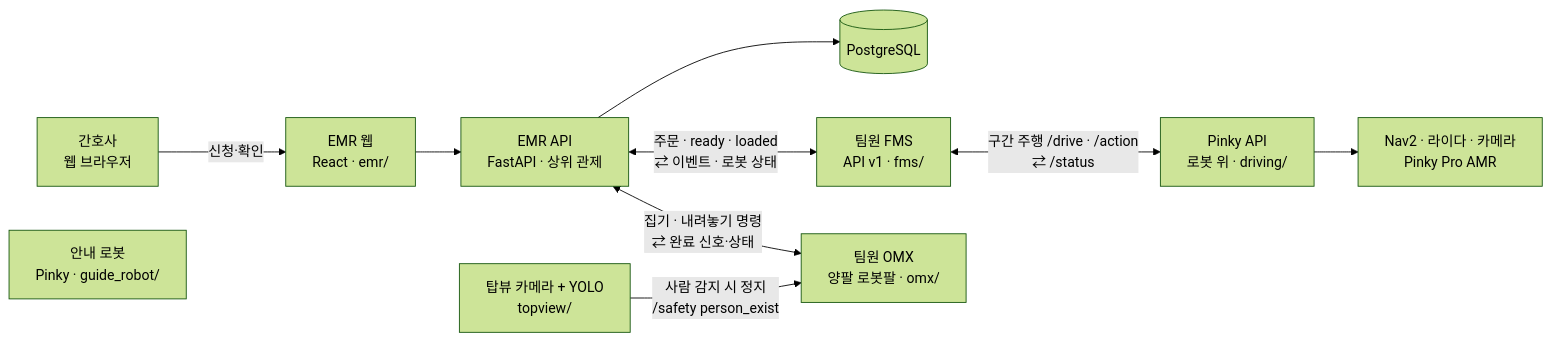
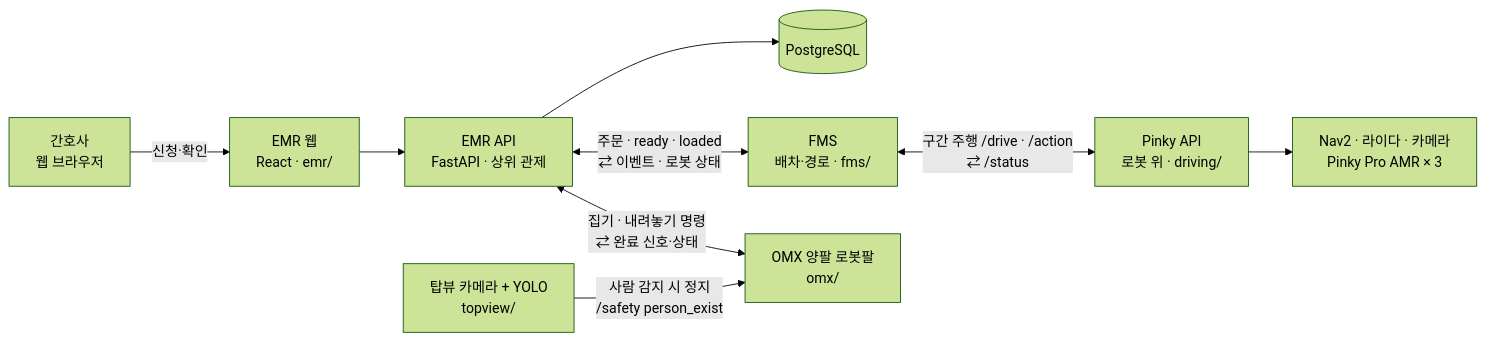
Before and after one commit to kernel-robot-9th/kernel-robot-repo-2: the diagram in README.md, drawn with Mermaid (forest theme). The commit also changed other lines of this file and 8 other files, not shown here.

````diff
--- a/README.md
+++ b/README.md
@@ -21,12 +21,11 @@
 ```mermaid
 flowchart LR
   N["간호사<br/>웹 브라우저"] -->|신청·확인| W["EMR 웹<br/>React · emr/"]
   W --> A["EMR API<br/>FastAPI · 상위 관제"]
   A --> D[("PostgreSQL")]
-  A <-->|"주문 · ready · loaded<br/>⇄ 이벤트 · 로봇 상태"| X["팀원 FMS<br/>API v1 · fms/"]
+  A <-->|"주문 · ready · loaded<br/>⇄ 이벤트 · 로봇 상태"| X["FMS<br/>배차·경로 · fms/"]
   X <-->|"구간 주행 /drive · /action<br/>⇄ /status"| K["Pinky API<br/>로봇 위 · driving/"]
-  K --> P["Nav2 · 라이다 · 카메라<br/>Pinky Pro AMR"]
-  A <-->|"집기 · 내려놓기 명령<br/>⇄ 완료 신호·상태"| O["팀원 OMX<br/>양팔 로봇팔 · omx/"]
+  K --> P["Nav2 · 라이다 · 카메라<br/>Pinky Pro AMR × 3"]
+  A <-->|"집기 · 내려놓기 명령<br/>⇄ 완료 신호·상태"| O["OMX 양팔 로봇팔<br/>omx/"]
   T["탑뷰 카메라 + YOLO<br/>topview/"] -->|"사람 감지 시 정지<br/>/safety person_exist"| O
-  G["안내 로봇<br/>Pinky · guide_robot/"]
 ```
````
